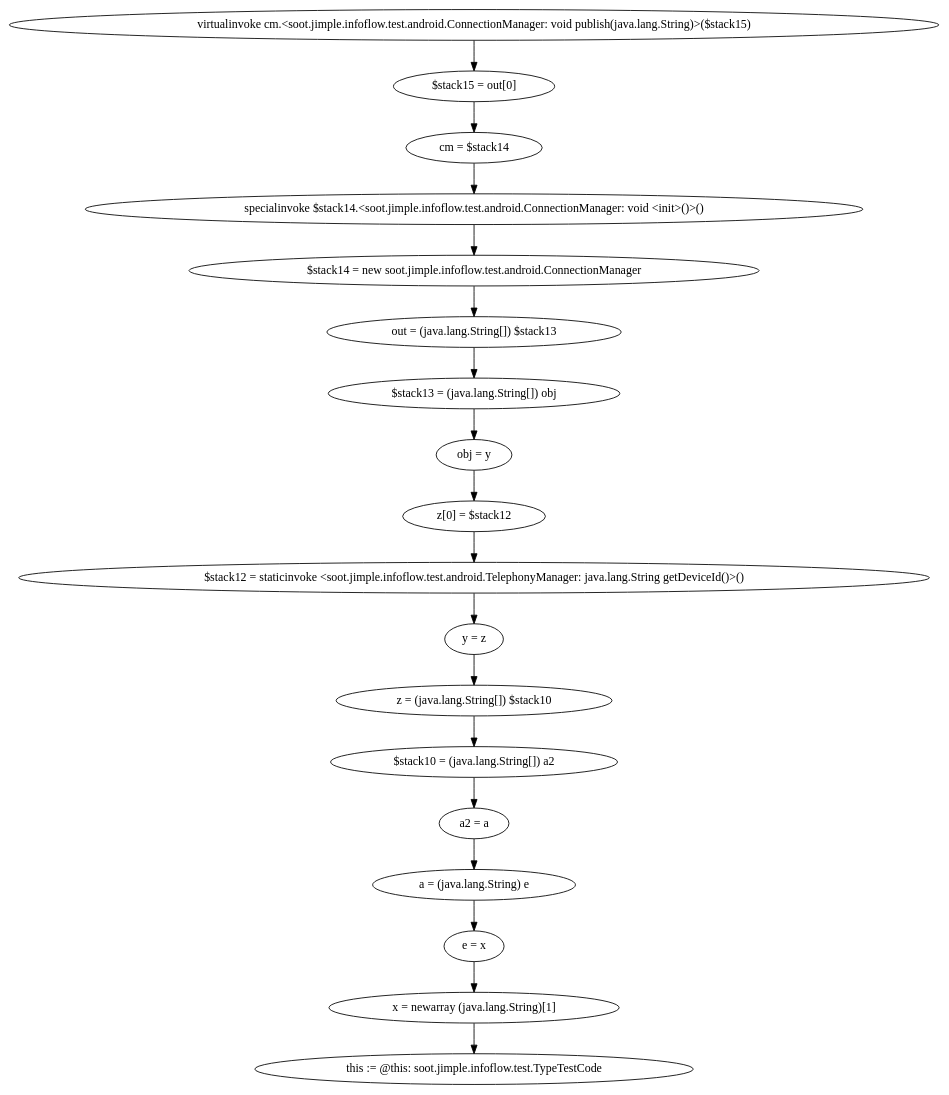
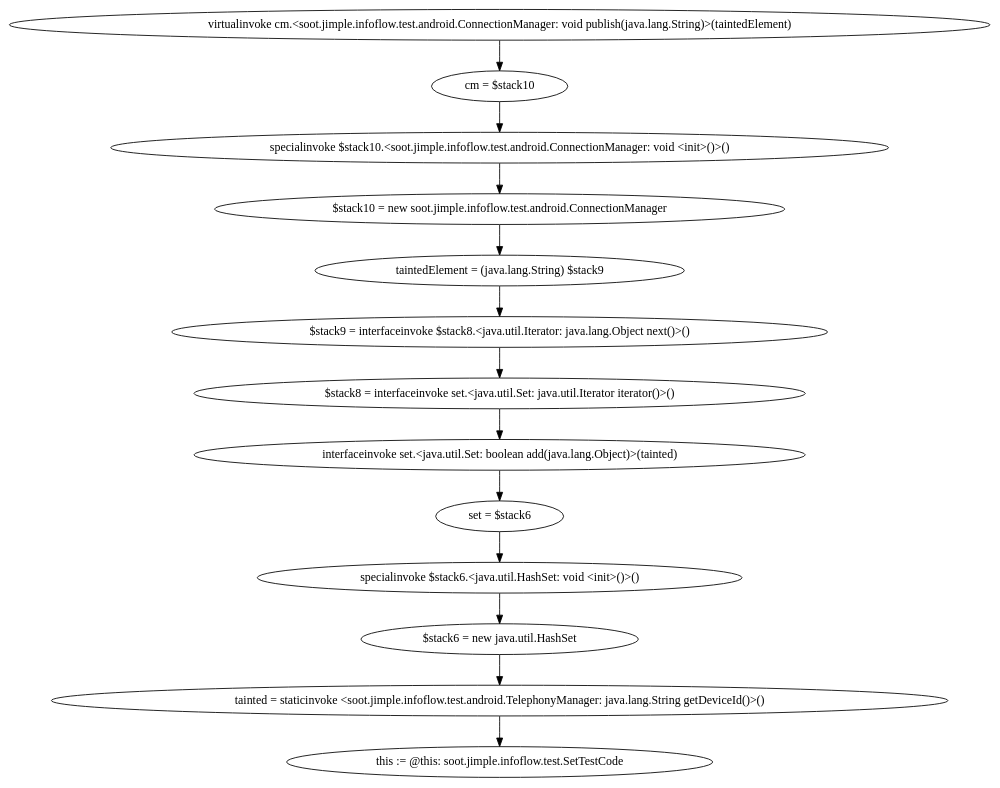
The diagram in soot-infoflow/dotfiles/0.dot (t1mlange/FlowDroid), drawn with Graphviz before and after one commit. The commit also changed 11 other files, not shown here.

```diff
--- a/soot-infoflow/dotfiles/0.dot
+++ b/soot-infoflow/dotfiles/0.dot
@@ -1,37 +1,27 @@
 digraph "" {
-    "virtualinvoke cm.<soot.jimple.infoflow.test.android.ConnectionManager: void publish(java.lang.String)>($stack15)"
-    "$stack15 = out[0]"
-    "virtualinvoke cm.<soot.jimple.infoflow.test.android.ConnectionManager: void publish(java.lang.String)>($stack15)"->"$stack15 = out[0]";
-    "cm = $stack14"
-    "$stack15 = out[0]"->"cm = $stack14";
-    "specialinvoke $stack14.<soot.jimple.infoflow.test.android.ConnectionManager: void <init>()>()"
-    "cm = $stack14"->"specialinvoke $stack14.<soot.jimple.infoflow.test.android.ConnectionManager: void <init>()>()";
-    "$stack14 = new soot.jimple.infoflow.test.android.ConnectionManager"
-    "specialinvoke $stack14.<soot.jimple.infoflow.test.android.ConnectionManager: void <init>()>()"->"$stack14 = new soot.jimple.infoflow.test.android.ConnectionManager";
-    "out = (java.lang.String[]) $stack13"
-    "$stack14 = new soot.jimple.infoflow.test.android.ConnectionManager"->"out = (java.lang.String[]) $stack13";
-    "$stack13 = (java.lang.String[]) obj"
-    "out = (java.lang.String[]) $stack13"->"$stack13 = (java.lang.String[]) obj";
-    "obj = y"
-    "$stack13 = (java.lang.String[]) obj"->"obj = y";
-    "z[0] = $stack12"
-    "obj = y"->"z[0] = $stack12";
-    "$stack12 = staticinvoke <soot.jimple.infoflow.test.android.TelephonyManager: java.lang.String getDeviceId()>()"
-    "z[0] = $stack12"->"$stack12 = staticinvoke <soot.jimple.infoflow.test.android.TelephonyManager: java.lang.String getDeviceId()>()";
-    "y = z"
-    "$stack12 = staticinvoke <soot.jimple.infoflow.test.android.TelephonyManager: java.lang.String getDeviceId()>()"->"y = z";
-    "z = (java.lang.String[]) $stack10"
-    "y = z"->"z = (java.lang.String[]) $stack10";
-    "$stack10 = (java.lang.String[]) a2"
-    "z = (java.lang.String[]) $stack10"->"$stack10 = (java.lang.String[]) a2";
-    "a2 = a"
-    "$stack10 = (java.lang.String[]) a2"->"a2 = a";
-    "a = (java.lang.String) e"
-    "a2 = a"->"a = (java.lang.String) e";
-    "e = x"
-    "a = (java.lang.String) e"->"e = x";
-    "x = newarray (java.lang.String)[1]"
-    "e = x"->"x = newarray (java.lang.String)[1]";
-    "this := @this: soot.jimple.infoflow.test.TypeTestCode"
-    "x = newarray (java.lang.String)[1]"->"this := @this: soot.jimple.infoflow.test.TypeTestCode";
+    "virtualinvoke cm.<soot.jimple.infoflow.test.android.ConnectionManager: void publish(java.lang.String)>(taintedElement)"
+    "cm = $stack10"
+    "virtualinvoke cm.<soot.jimple.infoflow.test.android.ConnectionManager: void publish(java.lang.String)>(taintedElement)"->"cm = $stack10";
+    "specialinvoke $stack10.<soot.jimple.infoflow.test.android.ConnectionManager: void <init>()>()"
+    "cm = $stack10"->"specialinvoke $stack10.<soot.jimple.infoflow.test.android.ConnectionManager: void <init>()>()";
+    "$stack10 = new soot.jimple.infoflow.test.android.ConnectionManager"
+    "specialinvoke $stack10.<soot.jimple.infoflow.test.android.ConnectionManager: void <init>()>()"->"$stack10 = new soot.jimple.infoflow.test.android.ConnectionManager";
+    "taintedElement = (java.lang.String) $stack9"
+    "$stack10 = new soot.jimple.infoflow.test.android.ConnectionManager"->"taintedElement = (java.lang.String) $stack9";
+    "$stack9 = interfaceinvoke $stack8.<java.util.Iterator: java.lang.Object next()>()"
+    "taintedElement = (java.lang.String) $stack9"->"$stack9 = interfaceinvoke $stack8.<java.util.Iterator: java.lang.Object next()>()";
+    "$stack8 = interfaceinvoke set.<java.util.Set: java.util.Iterator iterator()>()"
+    "$stack9 = interfaceinvoke $stack8.<java.util.Iterator: java.lang.Object next()>()"->"$stack8 = interfaceinvoke set.<java.util.Set: java.util.Iterator iterator()>()";
+    "interfaceinvoke set.<java.util.Set: boolean add(java.lang.Object)>(tainted)"
+    "$stack8 = interfaceinvoke set.<java.util.Set: java.util.Iterator iterator()>()"->"interfaceinvoke set.<java.util.Set: boolean add(java.lang.Object)>(tainted)";
+    "set = $stack6"
+    "interfaceinvoke set.<java.util.Set: boolean add(java.lang.Object)>(tainted)"->"set = $stack6";
+    "specialinvoke $stack6.<java.util.HashSet: void <init>()>()"
+    "set = $stack6"->"specialinvoke $stack6.<java.util.HashSet: void <init>()>()";
+    "$stack6 = new java.util.HashSet"
+    "specialinvoke $stack6.<java.util.HashSet: void <init>()>()"->"$stack6 = new java.util.HashSet";
+    "tainted = staticinvoke <soot.jimple.infoflow.test.android.TelephonyManager: java.lang.String getDeviceId()>()"
+    "$stack6 = new java.util.HashSet"->"tainted = staticinvoke <soot.jimple.infoflow.test.android.TelephonyManager: java.lang.String getDeviceId()>()";
+    "this := @this: soot.jimple.infoflow.test.SetTestCode"
+    "tainted = staticinvoke <soot.jimple.infoflow.test.android.TelephonyManager: java.lang.String getDeviceId()>()"->"this := @this: soot.jimple.infoflow.test.SetTestCode";
 }
```
